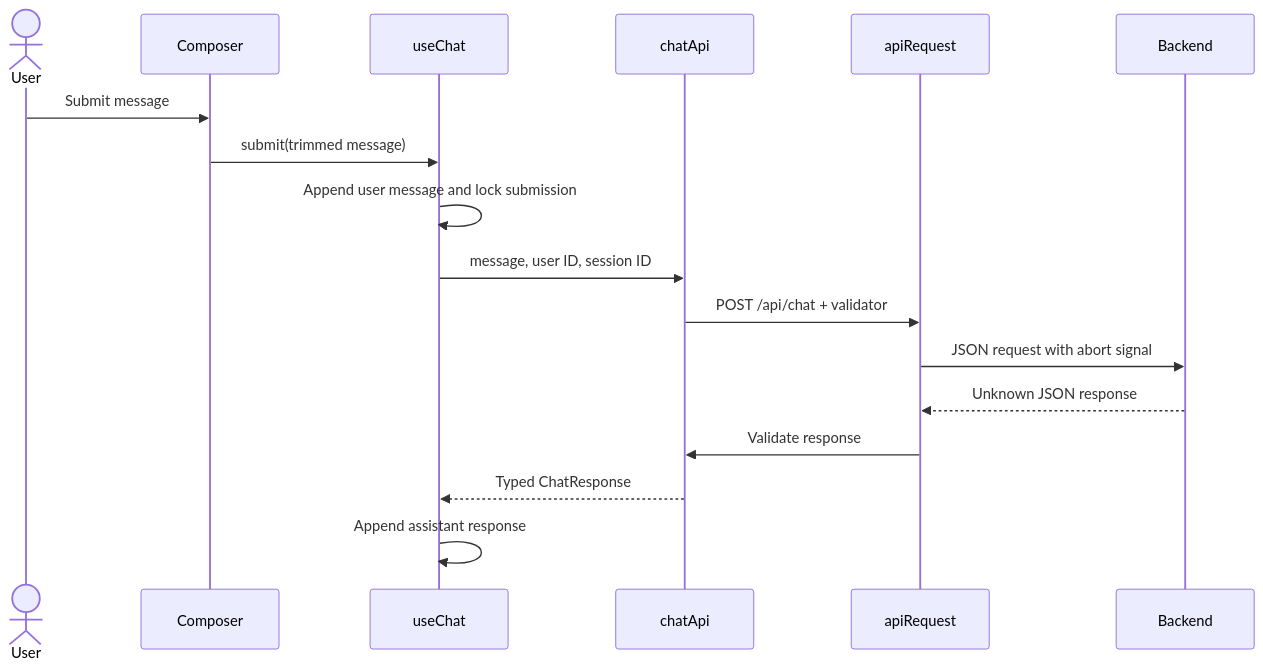
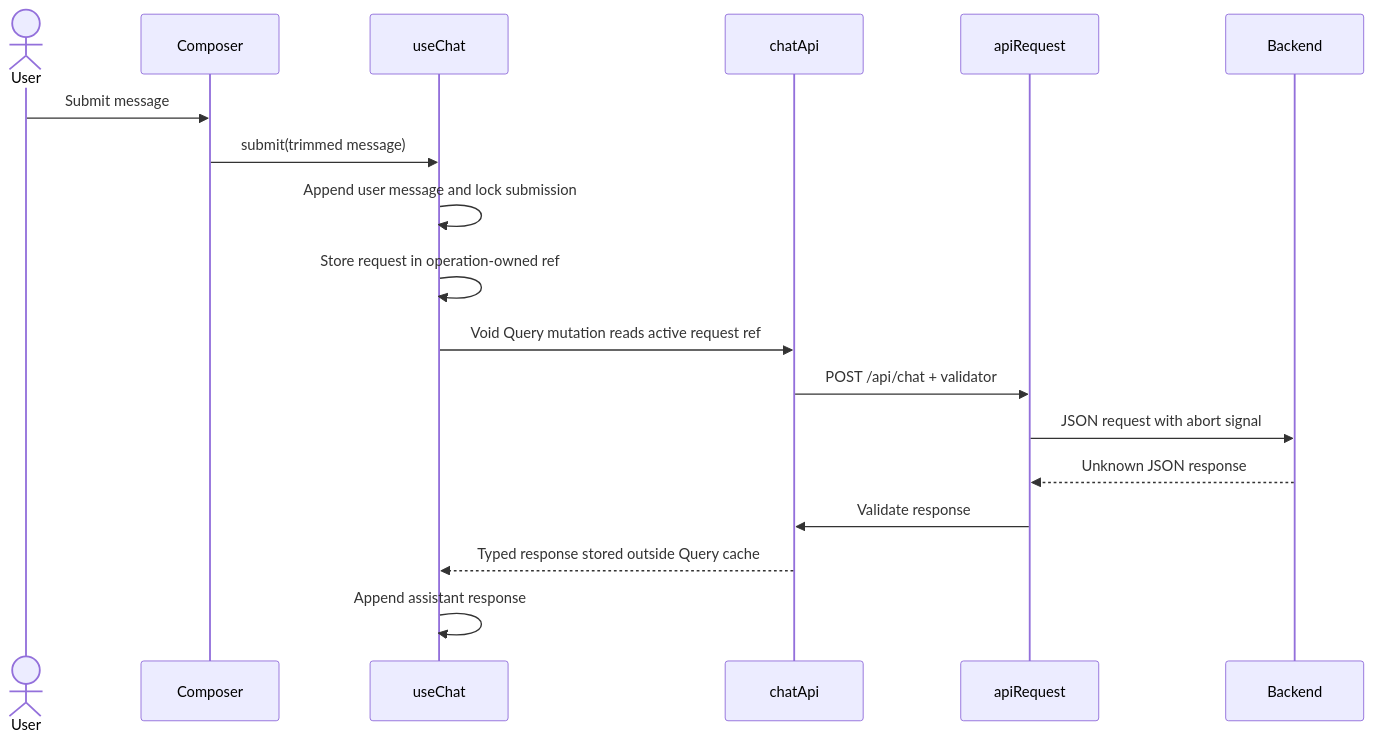
The second of 2 diagrams in docs/architecture.md (etonealbert/doc-helper-ai-agent-web), drawn with Mermaid before and after one commit. The commit also changed other lines of this file and 76 other files, not shown here.

````diff
--- a/docs/architecture.md
+++ b/docs/architecture.md
@@ -74,20 +79,21 @@
 ```mermaid
 sequenceDiagram
     actor User
     participant Composer
     participant ChatHook as useChat
     participant ChatAPI as chatApi
     participant Request as apiRequest
     participant API as Backend
 
     User->>Composer: Submit message
     Composer->>ChatHook: submit(trimmed message)
     ChatHook->>ChatHook: Append user message and lock submission
-    ChatHook->>ChatAPI: message, user ID, session ID
+    ChatHook->>ChatHook: Store request in operation-owned ref
+    ChatHook->>ChatAPI: Void Query mutation reads active request ref
     ChatAPI->>Request: POST /api/chat + validator
     Request->>API: JSON request with abort signal
     API-->>Request: Unknown JSON response
     Request->>ChatAPI: Validate response
-    ChatAPI-->>ChatHook: Typed ChatResponse
+    ChatAPI-->>ChatHook: Typed response stored outside Query cache
     ChatHook->>ChatHook: Append assistant response
 ```
````
